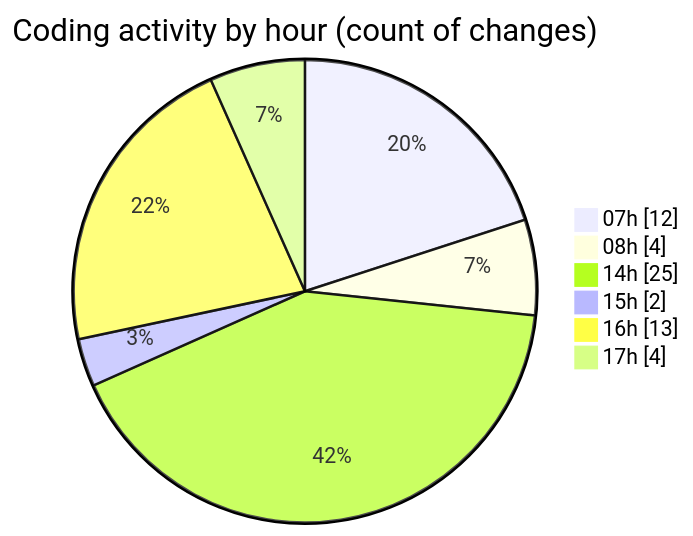
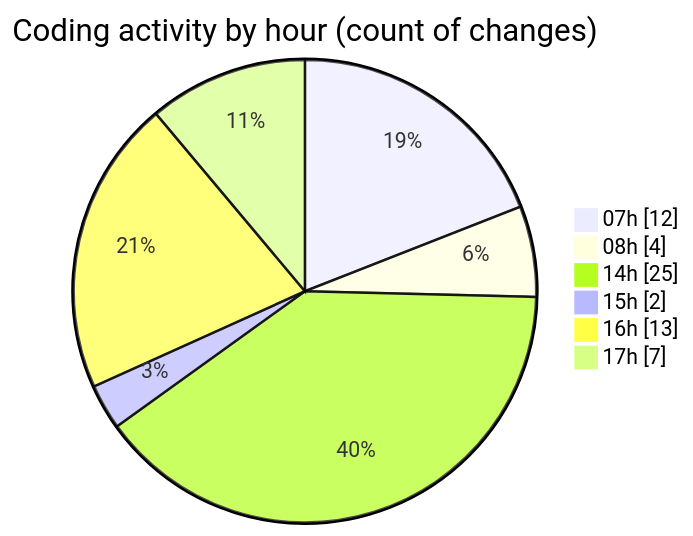
The second of 2 diagrams in 2025-01-09/mbc-web/README.md (robertbonfada/code-tracking), drawn with Mermaid before and after one commit. The commit also changed other lines of this file and 1 other file, not shown here.

````diff
--- a/2025-01-09/mbc-web/README.md
+++ b/2025-01-09/mbc-web/README.md
@@ -40,10 +40,10 @@
 ```mermaid
 pie showData
 title Coding activity by hour (count of changes)
 "07h" : 12
 "08h" : 4
 "14h" : 25
 "15h" : 2
 "16h" : 13
-"17h" : 4
+"17h" : 7
 ```
````
